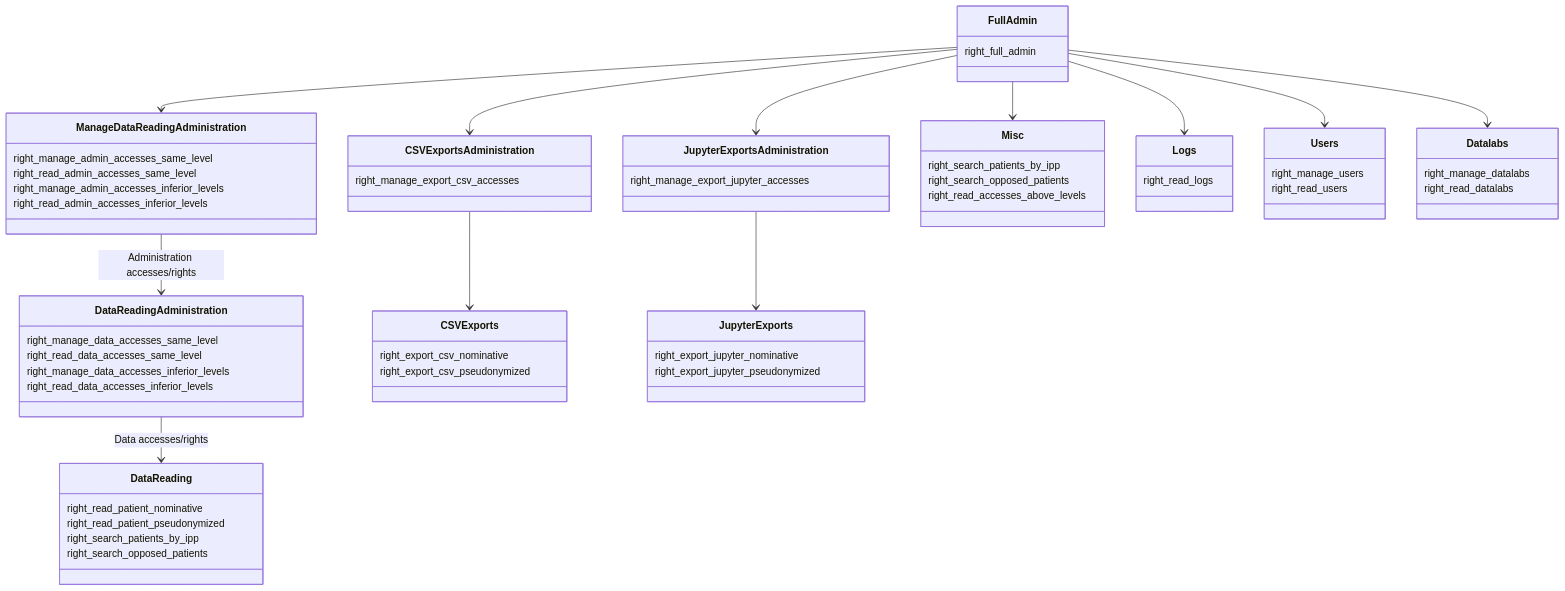
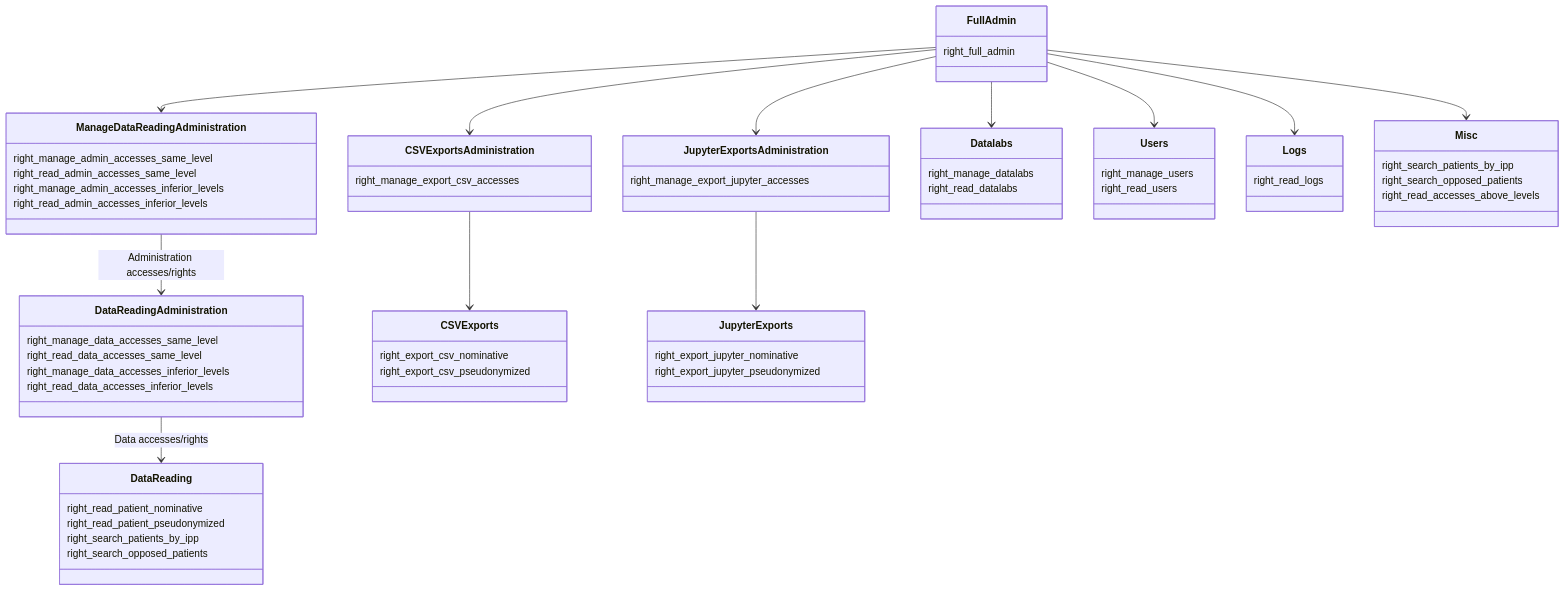
Before and after one commit to aphp/Cohort360-Back-end: the second of 2 diagrams in accesses/rights_schema.md, drawn with Mermaid. The commit also changed other lines of this file and 2 other files, not shown here.

````diff
--- a/accesses/rights_schema.md
+++ b/accesses/rights_schema.md
@@ -1,66 +42,65 @@
 ```mermaid
 classDiagram
 class FullAdmin {
   right_full_admin
 }
 class ManageDataReadingAdministration {
   right_manage_admin_accesses_same_level
   right_read_admin_accesses_same_level
   right_manage_admin_accesses_inferior_levels
   right_read_admin_accesses_inferior_levels
 }
 class DataReadingAdministration {
   right_manage_data_accesses_same_level
   right_read_data_accesses_same_level
   right_manage_data_accesses_inferior_levels
   right_read_data_accesses_inferior_levels
 }
 class DataReading {
   right_read_patient_nominative
   right_read_patient_pseudonymized
   right_search_patients_by_ipp
   right_search_opposed_patients
 }
 class CSVExportsAdministration {
   right_manage_export_csv_accesses
 }
 class JupyterExportsAdministration {
   right_manage_export_jupyter_accesses
 }
 class CSVExports {
   right_export_csv_nominative
   right_export_csv_pseudonymized
 }
 class JupyterExports {
   right_export_jupyter_nominative
   right_export_jupyter_pseudonymized
 }
+class Datalabs {
+  right_manage_datalabs
+  right_read_datalabs
+}
+class Users {
+  right_manage_users
+  right_read_users
+}
+class Logs {
+  right_read_logs
+}
 class Misc {
   right_search_patients_by_ipp
   right_search_opposed_patients
   right_read_accesses_above_levels
 }
-class Logs {
-  right_read_logs
-}
-class Users {
-  right_manage_users
-  right_read_users
-}
-class Datalabs {
-  right_manage_datalabs
-  right_read_datalabs
-}
-
 FullAdmin --> ManageDataReadingAdministration
 ManageDataReadingAdministration --> DataReadingAdministration : Administration accesses/rights
 DataReadingAdministration --> DataReading : Data accesses/rights
 FullAdmin --> CSVExportsAdministration
 FullAdmin --> JupyterExportsAdministration
+CSVExportsAdministration --> CSVExports
+JupyterExportsAdministration --> JupyterExports
+FullAdmin --> Datalabs
+FullAdmin --> Users
+FullAdmin --> Logs
 FullAdmin --> Misc
-FullAdmin --> Logs
-FullAdmin --> Users
-FullAdmin --> Datalabs
-CSVExportsAdministration-->CSVExports
-JupyterExportsAdministration-->JupyterExports
 ```
````
